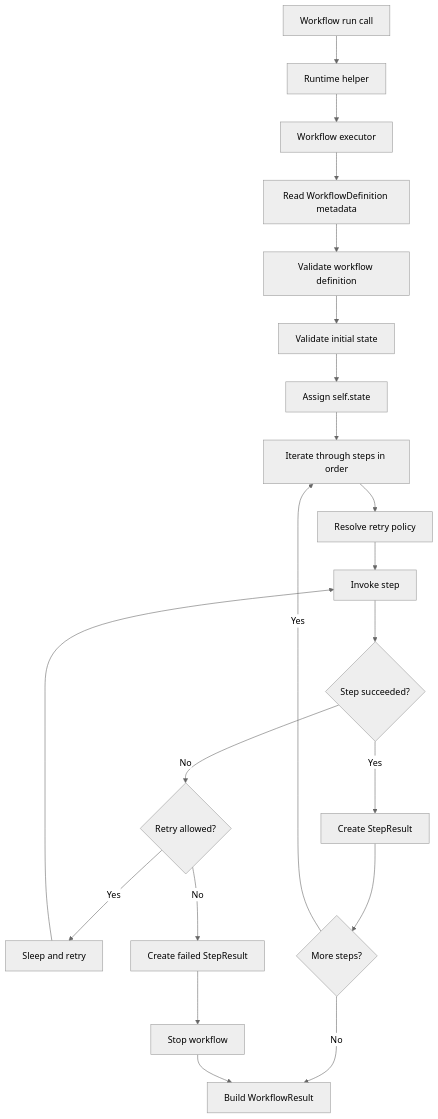
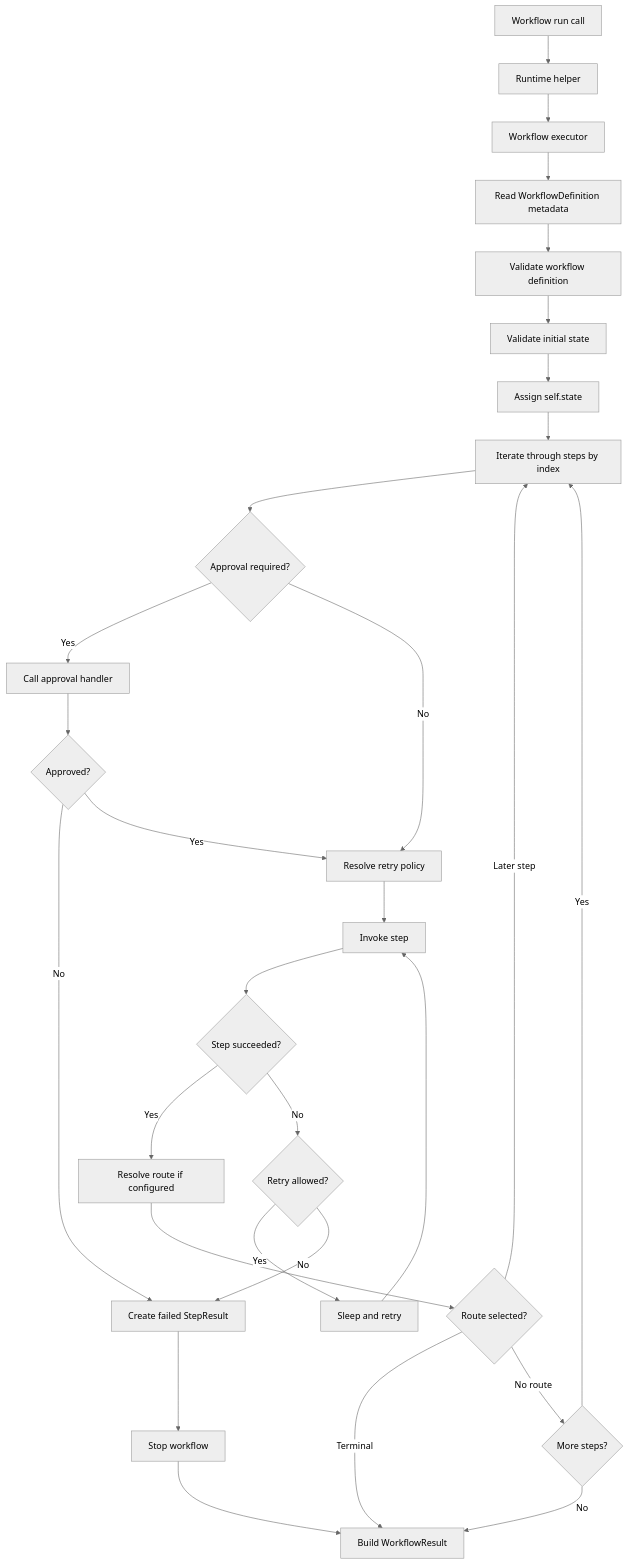
One commit to danishali778/agentflowkit changed the first of 2 diagrams in docs/architecture/runtime.md. Above: the diagram before and after it, drawn with Mermaid (neutral theme). The commit also changed other lines of this file and 9 other files, not shown here.

````diff
--- a/docs/architecture/runtime.md
+++ b/docs/architecture/runtime.md
@@ -10,23 +10,31 @@
 ```mermaid
 flowchart TD
     A[Workflow run call] --> B[Runtime helper]
     B --> C[Workflow executor]
     C --> D[Read WorkflowDefinition metadata]
     D --> E[Validate workflow definition]
     E --> F[Validate initial state]
     F --> G[Assign self.state]
-    G --> H[Iterate through steps in order]
-    H --> I[Resolve retry policy]
+    G --> H[Iterate through steps by index]
+    H --> T{Approval required?}
+    T -- Yes --> U[Call approval handler]
+    U --> V{Approved?}
+    V -- No --> O[Create failed StepResult]
+    V -- Yes --> I[Resolve retry policy]
+    T -- No --> I
     I --> J[Invoke step]
     J --> K{Step succeeded?}
-    K -- Yes --> L[Create StepResult]
+    K -- Yes --> L[Resolve route if configured]
     K -- No --> M{Retry allowed?}
     M -- Yes --> N[Sleep and retry]
     N --> J
     M -- No --> O[Create failed StepResult]
     O --> P[Stop workflow]
-    L --> Q{More steps?}
+    L --> S{Route selected?}
+    S -- Later step --> H
+    S -- Terminal --> R
+    S -- No route --> Q{More steps?}
     Q -- Yes --> H
     Q -- No --> R[Build WorkflowResult]
     P --> R
 ```
````
